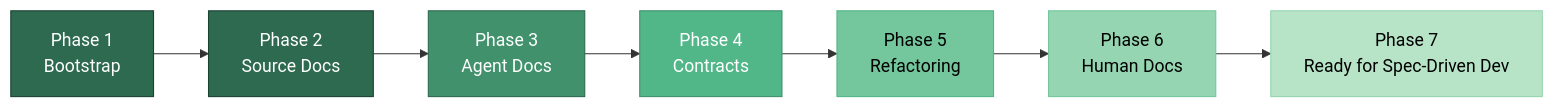
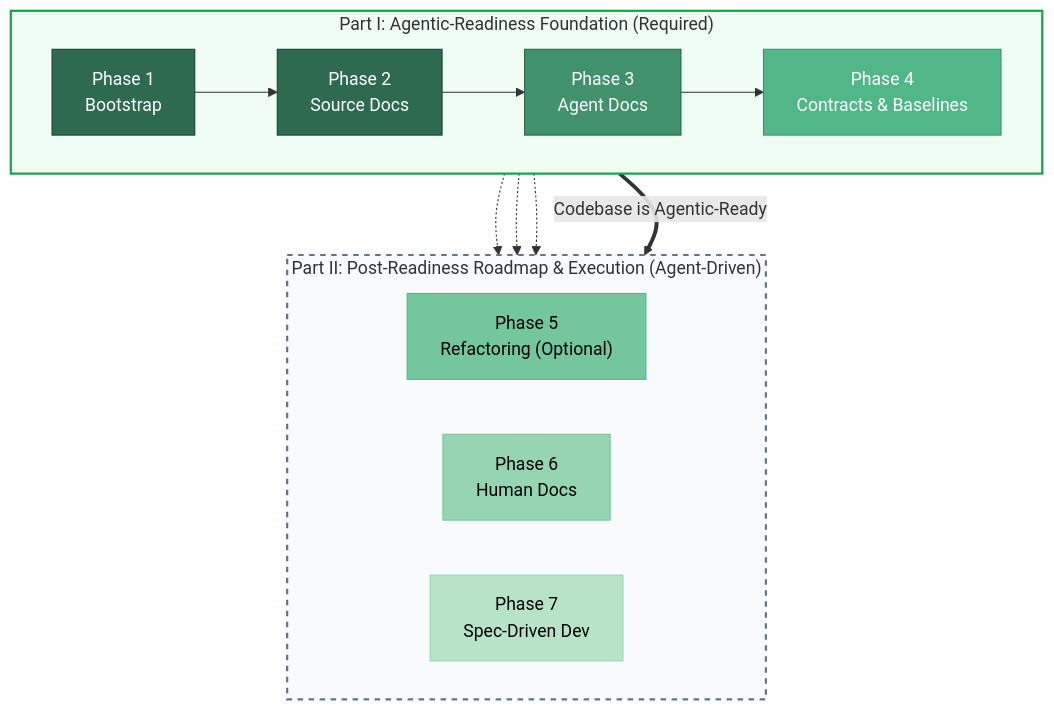
Before and after one commit to Nistapp/codebase-agentic-readiness-framework: the first of 3 diagrams in Phased-Approach.md, drawn with Mermaid. The commit also changed other lines of this file and 2 other files, not shown here.

Commit message:
Separated the phases into agentic-readiness and post-readiness activities. Also added notes about spec-ops and unit-tests.

````diff
--- a/Phased-Approach.md
+++ b/Phased-Approach.md
@@ -9,17 +12,31 @@
 ```mermaid
-graph LR
-    P1["Phase 1\nBootstrap"] --> P2["Phase 2\nSource Docs"]
-    P2 --> P3["Phase 3\nAgent Docs"]
-    P3 --> P4["Phase 4\nContracts"]
-    P4 --> P5["Phase 5\nRefactoring"]
-    P5 --> P6["Phase 6\nHuman Docs"]
-    P6 --> P7["Phase 7\nReady for Spec-Driven Dev"]
+flowchart TB
+    subgraph Part1 ["Part I: Agentic-Readiness Foundation (Required)"]
+        direction LR
+        P1["Phase 1<br/>Bootstrap"] --> P2["Phase 2<br/>Source Docs"]
+        P2 --> P3["Phase 3<br/>Agent Docs"]
+        P3 --> P4["Phase 4<br/>Contracts & Baselines"]
+    end
 
+    subgraph Part2 ["Part II: Post-Readiness Roadmap & Execution (Agent-Driven)"]
+        direction LR
+        P5["Phase 5<br/>Refactoring (Optional)"]
+        P6["Phase 6<br/>Human Docs"]
+        P7["Phase 7<br/>Spec-Driven Dev"]
+    end
+
+    P4 ==>|"Codebase is Agentic-Ready"| Part2
+    P4 -.-> P5
+    P4 -.-> P6
+    P4 -.-> P7
+
+    style Part1 fill:#f0fdf4,stroke:#16a34a,stroke-width:2px
+    style Part2 fill:#f8fafc,stroke:#64748b,stroke-width:2px,stroke-dasharray: 5 5
     style P1 fill:#2d6a4f,stroke:#1b4332,color:#fff
     style P2 fill:#2d6a4f,stroke:#1b4332,color:#fff
     style P3 fill:#40916c,stroke:#2d6a4f,color:#fff
     style P4 fill:#52b788,stroke:#40916c,color:#fff
     style P5 fill:#74c69d,stroke:#52b788,color:#000
     style P6 fill:#95d5b2,stroke:#74c69d,color:#000
     style P7 fill:#b7e4c7,stroke:#95d5b2,color:#000
 ```
````
